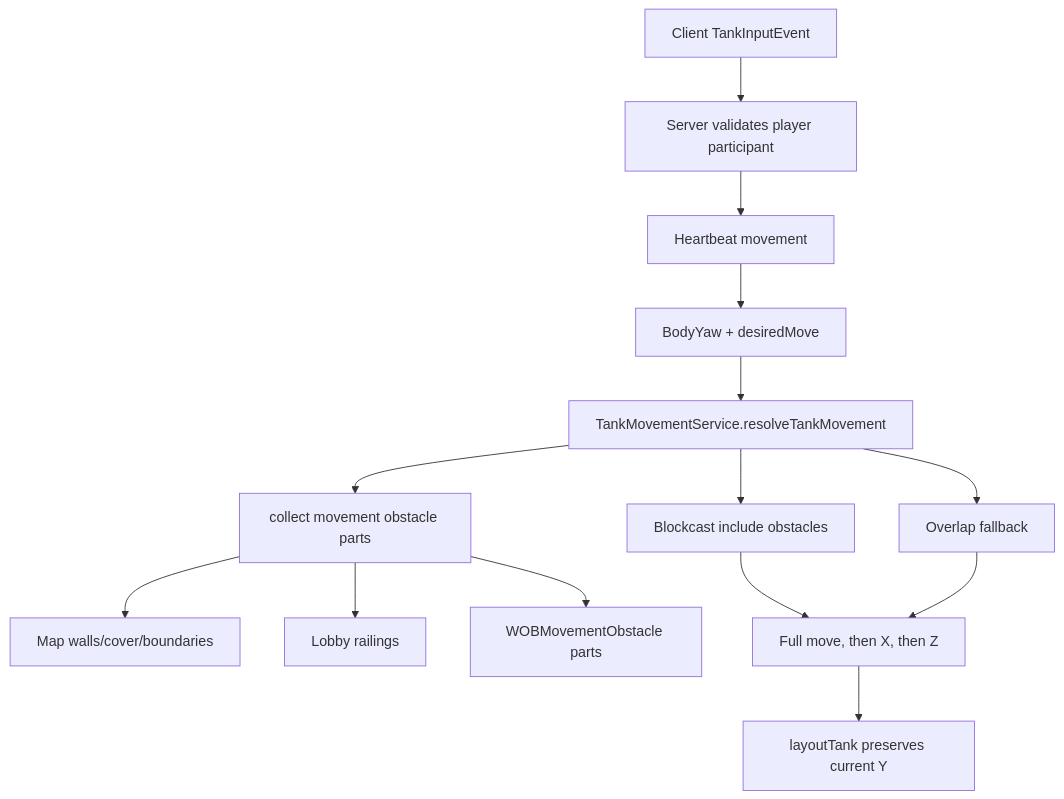
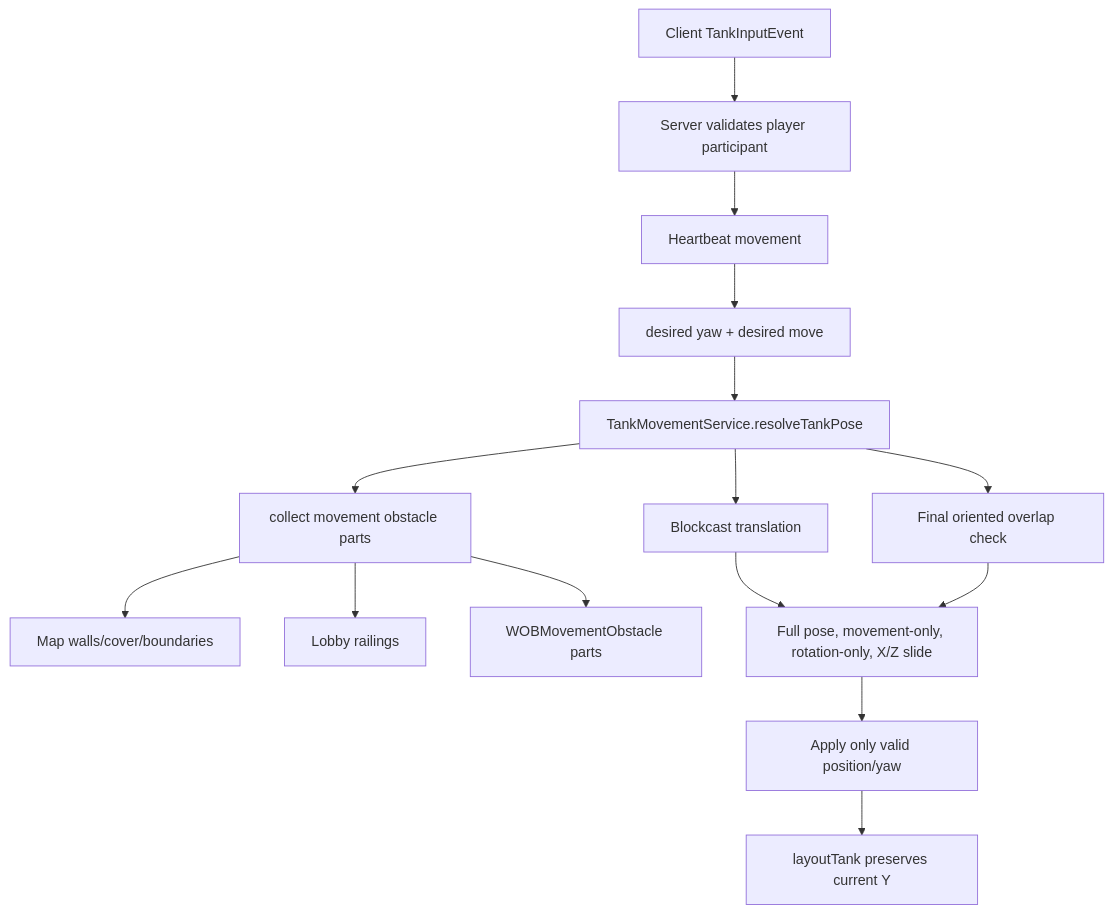
One commit to Incube700/WorldOfBalance_Roblox changed the fourth of 6 diagrams in docs/ARCHITECTURE_GRAPH.md. Above: the diagram before and after it, drawn with Mermaid. The commit also changed other lines of this file and 16 other files, not shown here.

First line of the commit message:
Add VFX templates and tank pose validation

````diff
--- a/docs/ARCHITECTURE_GRAPH.md
+++ b/docs/ARCHITECTURE_GRAPH.md
@@ -58,16 +58,17 @@
 ```mermaid
 flowchart TD
     A["Client TankInputEvent"] --> B["Server validates player participant"]
     B --> C["Heartbeat movement"]
-    C --> D["BodyYaw + desiredMove"]
-    D --> E["TankMovementService.resolveTankMovement"]
+    C --> D["desired yaw + desired move"]
+    D --> E["TankMovementService.resolveTankPose"]
     E --> F["collect movement obstacle parts"]
     F --> G["Map walls/cover/boundaries"]
     F --> H["Lobby railings"]
     F --> I["WOBMovementObstacle parts"]
-    E --> J["Blockcast include obstacles"]
-    E --> K["Overlap fallback"]
-    J --> L["Full move, then X, then Z"]
+    E --> J["Blockcast translation"]
+    E --> K["Final oriented overlap check"]
+    J --> L["Full pose, movement-only, rotation-only, X/Z slide"]
     K --> L
-    L --> M["layoutTank preserves current Y"]
+    L --> M["Apply only valid position/yaw"]
+    M --> N["layoutTank preserves current Y"]
 ```
````
